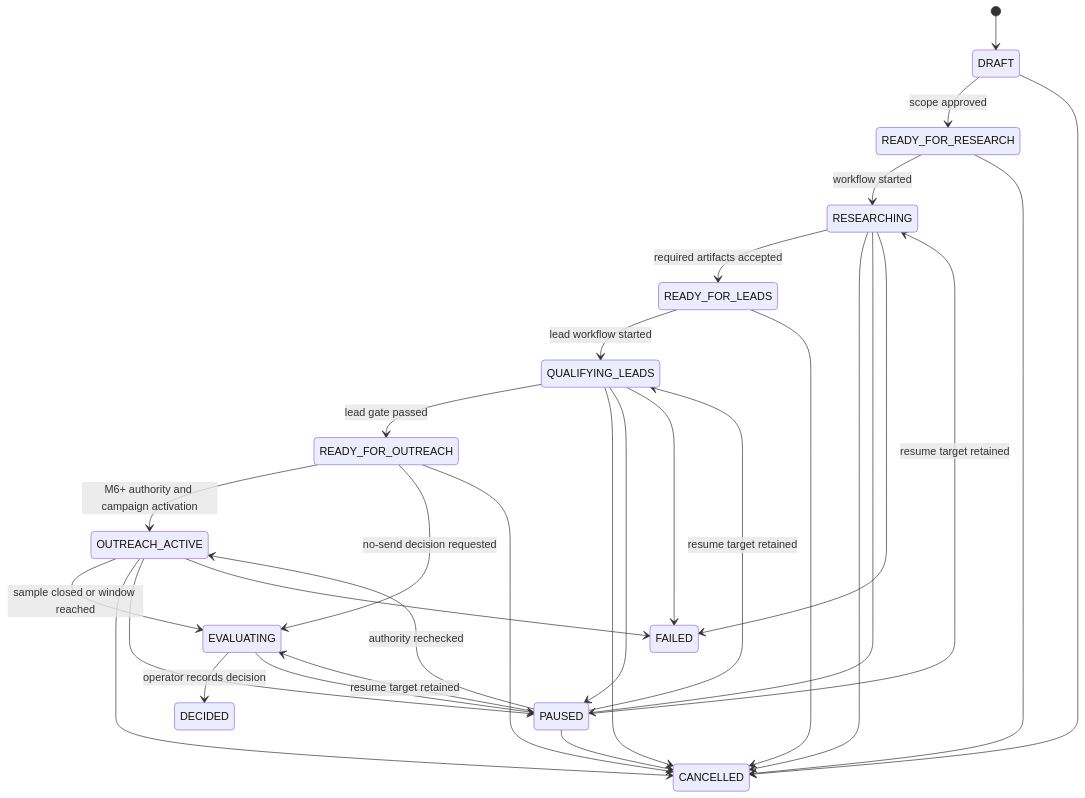
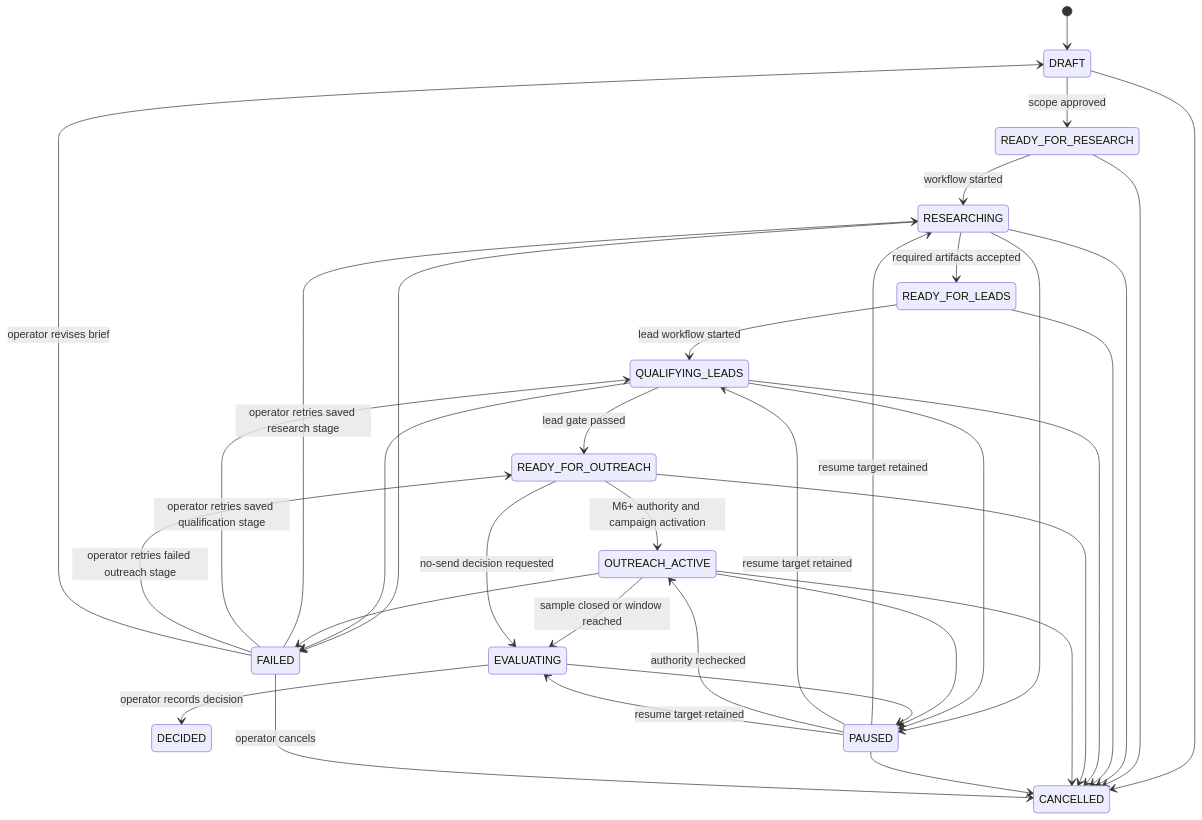
Before and after one commit to alonbenpro/alon-ai: the first of 2 diagrams in docs/development-roadmap/01-architecture/03-domain-events-and-state-machines.md, drawn with Mermaid. The commit also changed other lines of this file and 10 other files, not shown here.

Commit message:
docs: tighten roadmap safety gates

````diff
--- a/docs/development-roadmap/01-architecture/03-domain-events-and-state-machines.md
+++ b/docs/development-roadmap/01-architecture/03-domain-events-and-state-machines.md
@@ -53,32 +53,37 @@
 ```mermaid
 stateDiagram-v2
     [*] --> DRAFT
     DRAFT --> READY_FOR_RESEARCH: scope approved
     READY_FOR_RESEARCH --> RESEARCHING: workflow started
     RESEARCHING --> READY_FOR_LEADS: required artifacts accepted
     READY_FOR_LEADS --> QUALIFYING_LEADS: lead workflow started
     QUALIFYING_LEADS --> READY_FOR_OUTREACH: lead gate passed
     READY_FOR_OUTREACH --> OUTREACH_ACTIVE: M6+ authority and campaign activation
     OUTREACH_ACTIVE --> EVALUATING: sample closed or window reached
     READY_FOR_OUTREACH --> EVALUATING: no-send decision requested
     EVALUATING --> DECIDED: operator records decision
     DRAFT --> CANCELLED
     READY_FOR_RESEARCH --> CANCELLED
     RESEARCHING --> CANCELLED
     READY_FOR_LEADS --> CANCELLED
     QUALIFYING_LEADS --> CANCELLED
     READY_FOR_OUTREACH --> CANCELLED
     OUTREACH_ACTIVE --> CANCELLED
     PAUSED --> CANCELLED
     RESEARCHING --> PAUSED
     QUALIFYING_LEADS --> PAUSED
     OUTREACH_ACTIVE --> PAUSED
     EVALUATING --> PAUSED
     PAUSED --> RESEARCHING: resume target retained
     PAUSED --> QUALIFYING_LEADS: resume target retained
     PAUSED --> OUTREACH_ACTIVE: authority rechecked
     PAUSED --> EVALUATING: resume target retained
     RESEARCHING --> FAILED
     QUALIFYING_LEADS --> FAILED
     OUTREACH_ACTIVE --> FAILED
+    FAILED --> RESEARCHING: operator retries saved research stage
+    FAILED --> QUALIFYING_LEADS: operator retries saved qualification stage
+    FAILED --> READY_FOR_OUTREACH: operator retries failed outreach stage
+    FAILED --> DRAFT: operator revises brief
+    FAILED --> CANCELLED: operator cancels
 ```
````
